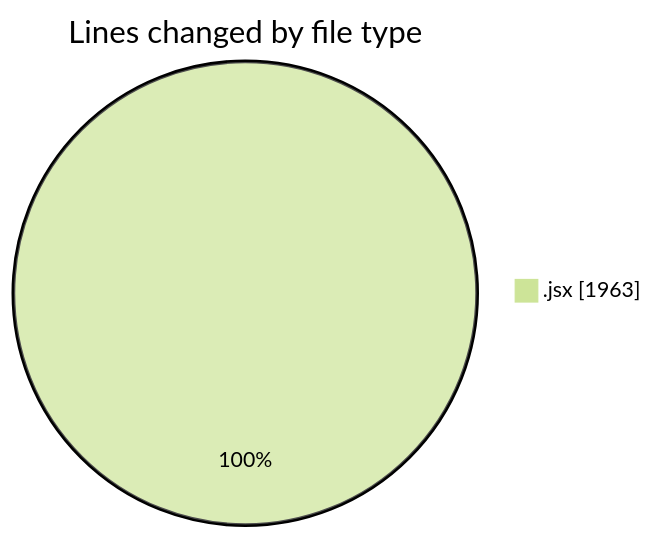
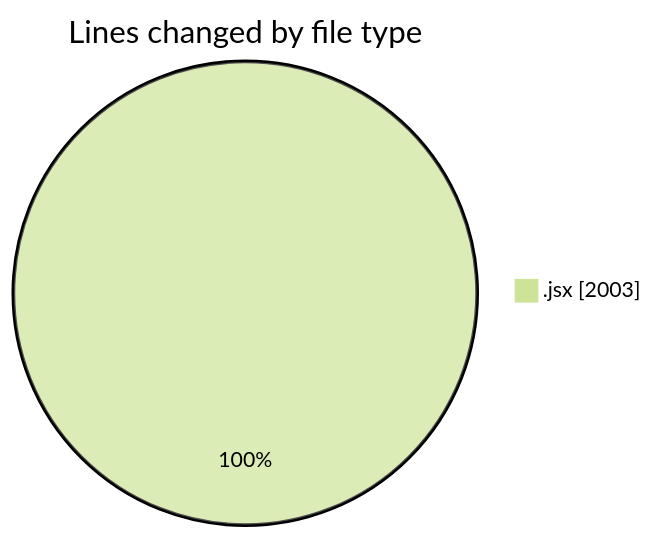
Before and after one commit to nxtqubesakshisongat/code-tracking: the first of 2 diagrams in 2026-11-22/nashik-misal-queue/README.md, drawn with Mermaid (forest theme). The commit also changed other lines of this file and 1 other file, not shown here.

````diff
--- a/2026-11-22/nashik-misal-queue/README.md
+++ b/2026-11-22/nashik-misal-queue/README.md
@@ -23,5 +23,5 @@
 ```mermaid
 pie showData
 title Lines changed by file type
-".jsx" : 1963
+".jsx" : 2003
 ```
````
